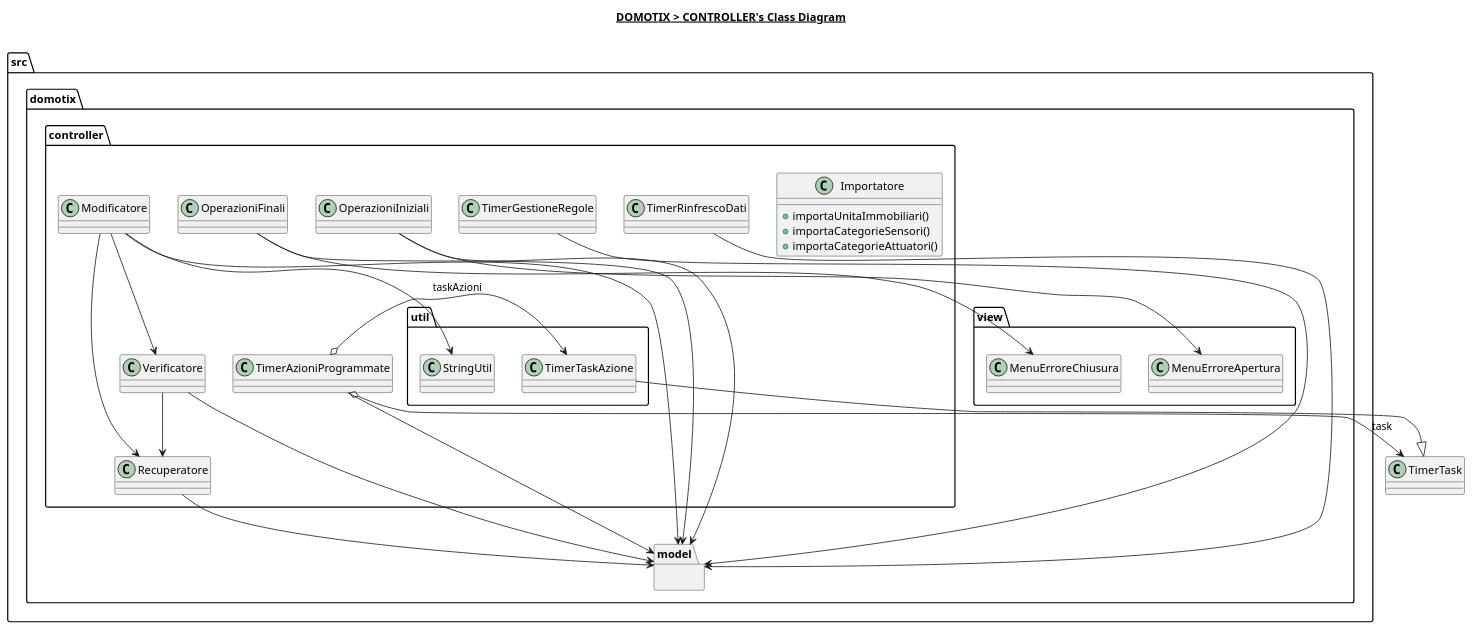
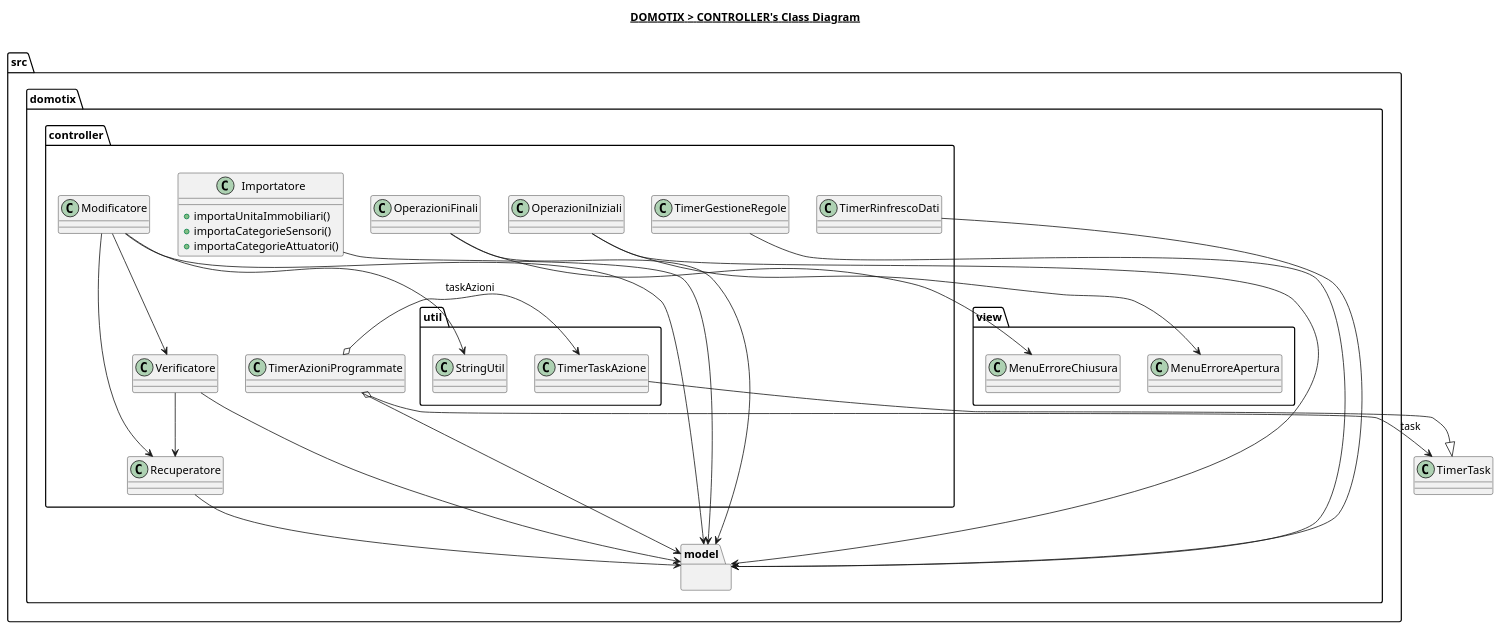
One commit to Edoar-do/Domotix changed the diagram in src/domotix/controller/controller.plantuml. Above: the diagram before and after it, drawn with PlantUML. The commit also changed 40 other files, not shown here.

Commit message:
Aggiunge documentazione diagrammi V5

```diff
--- a/src/domotix/controller/controller.plantuml
+++ b/src/domotix/controller/controller.plantuml
@@ -1,71 +1,72 @@
 @startuml
 
 title __DOMOTIX > CONTROLLER's Class Diagram__\n
 
 namespace src.domotix.controller {
     class src.domotix.controller.Importatore {
         + importaUnitaImmobiliari()
         + importaCategorieSensori()
         + importaCategorieAttuatori()
     }
 
     class src.domotix.controller.Modificatore {
     }
 
     class src.domotix.controller.OperazioniFinali {
     }
 
     class src.domotix.controller.OperazioniIniziali {
     }
 
     class src.domotix.controller.Recuperatore {
     }
 
     class src.domotix.controller.Verificatore {
     }
 
     class src.domotix.controller.TimerGestioneRegole {
     }
 
     class src.domotix.controller.TimerRinfrescoDati {
     }
 
     class src.domotix.controller.TimerAzioniProgrammate {
     }
 
     namespace util {
         class src.domotix.controller.util.StringUtil {
         }
         class src.domotix.controller.util.TimerTaskAzione {
         }
     }
 }
 
 namespace src.domotix.model {
 
 }
 
 src.domotix.controller.Modificatore --> src.domotix.controller.util.StringUtil
 src.domotix.controller.Modificatore --> src.domotix.controller.Recuperatore
 src.domotix.controller.Modificatore --> src.domotix.controller.Verificatore
 src.domotix.controller.Modificatore --> src.domotix.model
+src.domotix.controller.Importatore --> src.domotix.model
 
 src.domotix.controller.Verificatore --> src.domotix.controller.Recuperatore
 src.domotix.controller.Verificatore --> src.domotix.model
 
 src.domotix.controller.Recuperatore --> src.domotix.model
 
 src.domotix.controller.OperazioniIniziali --> src.domotix.model
 src.domotix.controller.OperazioniIniziali --> src.domotix.view.MenuErroreApertura
 
 src.domotix.controller.OperazioniFinali --> src.domotix.model
 src.domotix.controller.OperazioniFinali --> src.domotix.view.MenuErroreChiusura
 
 src.domotix.controller.TimerGestioneRegole --> src.domotix.model
 src.domotix.controller.TimerRinfrescoDati --> src.domotix.model
 src.domotix.controller.TimerAzioniProgrammate --> src.domotix.model
 src.domotix.controller.TimerAzioniProgrammate o-> TimerTask : task
 src.domotix.controller.TimerAzioniProgrammate o-> src.domotix.controller.util.TimerTaskAzione : taskAzioni
 src.domotix.controller.util.TimerTaskAzione --|> TimerTask
 
 @enduml
```
